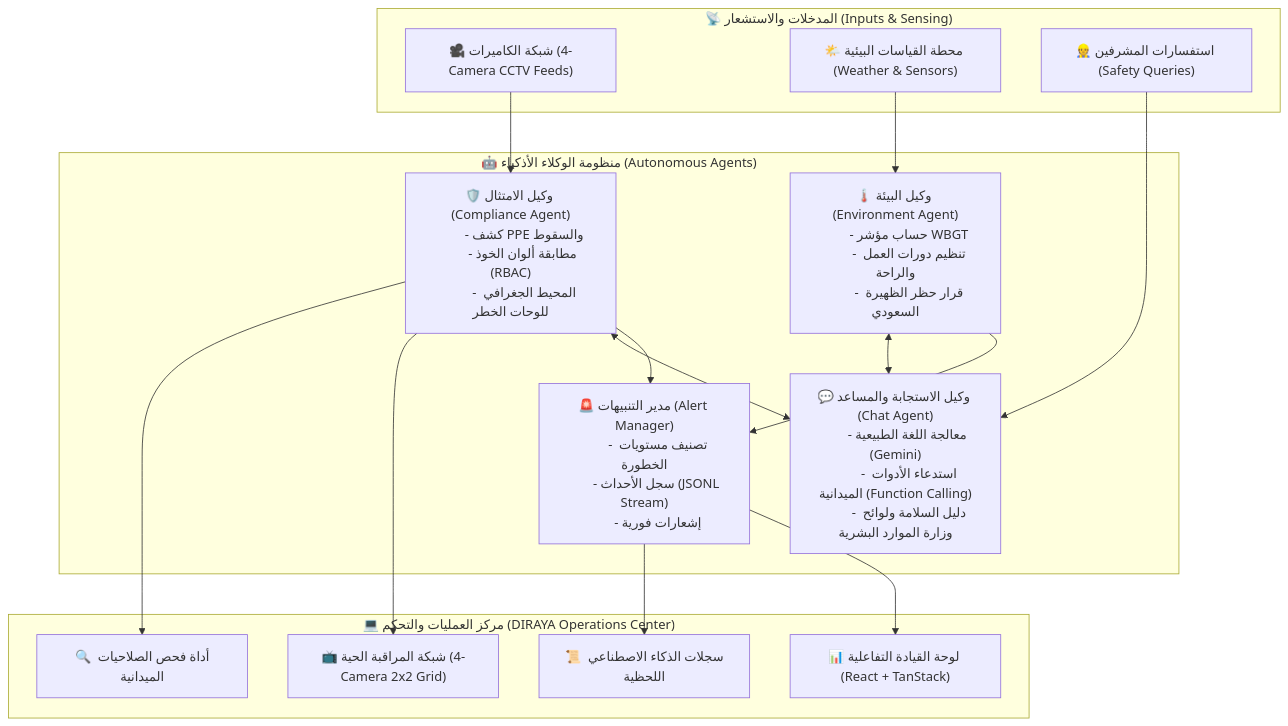
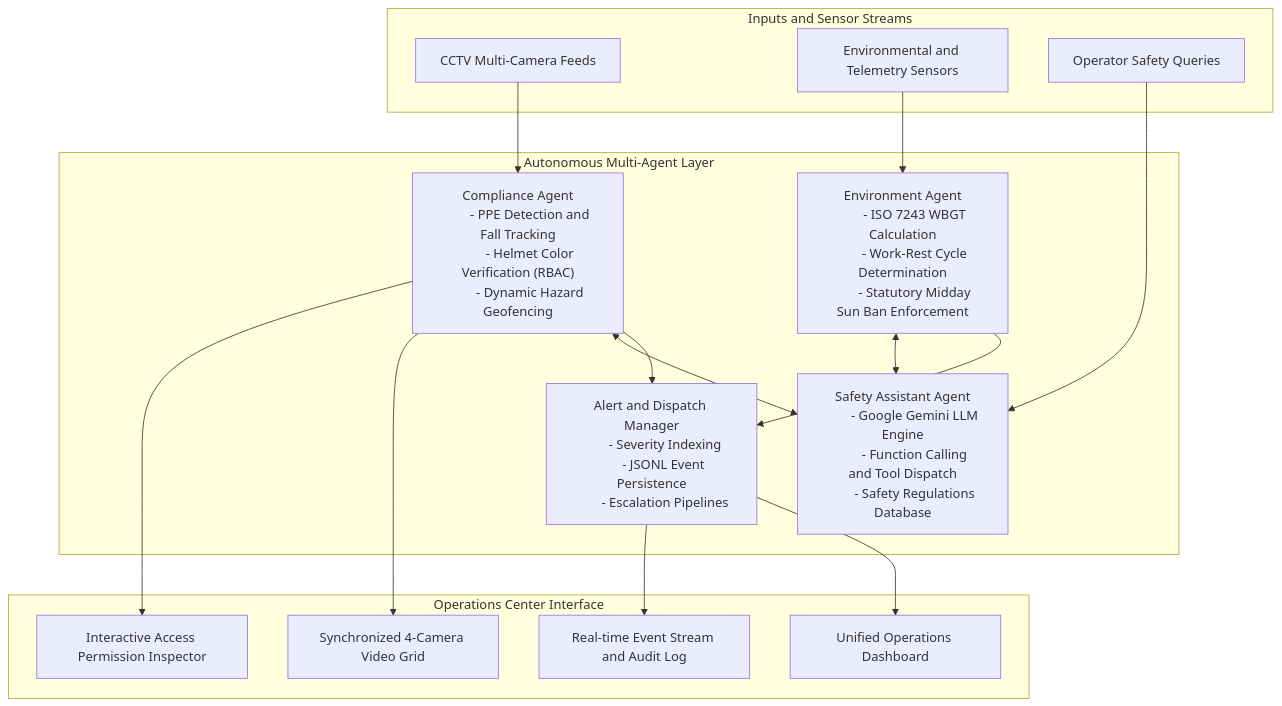
The diagram in README.md (Bariqa1/Diraya_Agentx), drawn with Mermaid before and after one commit. The commit also changed other lines of this file, not shown here.

````diff
--- a/README.md
+++ b/README.md
@@ -63,51 +56,51 @@
 ```mermaid
 flowchart TD
-    subgraph SENSORS ["📡 المدخلات والاستشعار (Inputs & Sensing)"]
-        CCTV["🎥 شبكة الكاميرات (4-Camera CCTV Feeds)"]
-        METEO["🌤️ محطة القياسات البيئية (Weather & Sensors)"]
-        USER["👷 استفسارات المشرفين (Safety Queries)"]
+    subgraph Inputs ["Inputs and Sensor Streams"]
+        CCTV["CCTV Multi-Camera Feeds"]
+        Sensors["Environmental and Telemetry Sensors"]
+        Queries["Operator Safety Queries"]
     end
 
-    subgraph AGENTS ["🤖 منظومة الوكلاء الأذكياء (Autonomous Agents)"]
-        CA["🛡️ وكيل الامتثال (Compliance Agent)
-        - كشف PPE والسقوط
-        - مطابقة ألوان الخوذ (RBAC)
-        - المحيط الجغرافي للوحات الخطر"]
-        
-        EA["🌡️ وكيل البيئة (Environment Agent)
-        - حساب مؤشر WBGT
-        - تنظيم دورات العمل والراحة
-        - قرار حظر الظهيرة السعودي"]
-        
-        AA["💬 وكيل الاستجابة والمساعد (Chat Agent)
-        - معالجة اللغة الطبيعية (Gemini)
-        - استدعاء الأدوات الميدانية (Function Calling)
-        - دليل السلامة ولوائح وزارة الموارد البشرية"]
-        
-        ALM["🚨 مدير التنبيهات (Alert Manager)
-        - تصنيف مستويات الخطورة
-        - سجل الأحداث (JSONL Stream)
-        - إشعارات فورية"]
+    subgraph Agents ["Autonomous Multi-Agent Layer"]
+        CA["Compliance Agent
+        - PPE Detection and Fall Tracking
+        - Helmet Color Verification (RBAC)
+        - Dynamic Hazard Geofencing"]
+
+        EA["Environment Agent
+        - ISO 7243 WBGT Calculation
+        - Work-Rest Cycle Determination
+        - Statutory Midday Sun Ban Enforcement"]
+
+        AA["Safety Assistant Agent
+        - Google Gemini LLM Engine
+        - Function Calling and Tool Dispatch
+        - Safety Regulations Database"]
+
+        AM["Alert and Dispatch Manager
+        - Severity Indexing
+        - JSONL Event Persistence
+        - Escalation Pipelines"]
     end
 
-    subgraph UI ["💻 مركز العمليات والتحكم (DIRAYA Operations Center)"]
-        DASH["📊 لوحة القيادة التفاعلية (React + TanStack)"]
-        GRID["📺 شبكة المراقبة الحية (4-Camera 2x2 Grid)"]
-        LOGS["📜 سجلات الذكاء الاصطناعي اللحظية"]
-        INSP["🔍 أداة فحص الصلاحيات الميدانية"]
+    subgraph Output ["Operations Center Interface"]
+        Dashboard["Unified Operations Dashboard"]
+        LiveGrid["Synchronized 4-Camera Video Grid"]
+        Telemetry["Real-time Event Stream and Audit Log"]
+        Inspector["Interactive Access Permission Inspector"]
     end
 
     CCTV --> CA
-    METEO --> EA
-    USER --> AA
+    Sensors --> EA
+    Queries --> AA
 
-    CA --> ALM
-    EA --> ALM
+    CA --> AM
+    EA --> AM
     CA <--> AA
     EA <--> AA
 
-    ALM --> DASH
-    CA --> GRID
-    ALM --> LOGS
-    CA --> INSP
+    AM --> Dashboard
+    CA --> LiveGrid
+    AM --> Telemetry
+    CA --> Inspector
 ```
````
